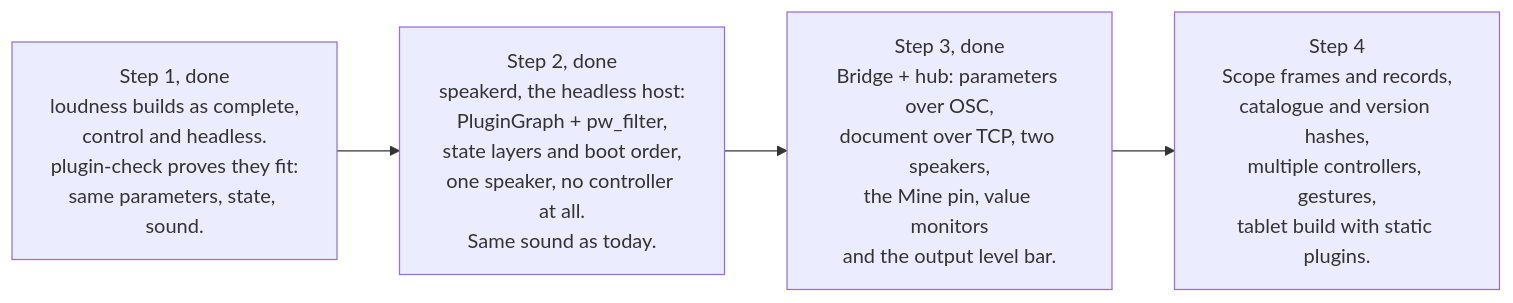
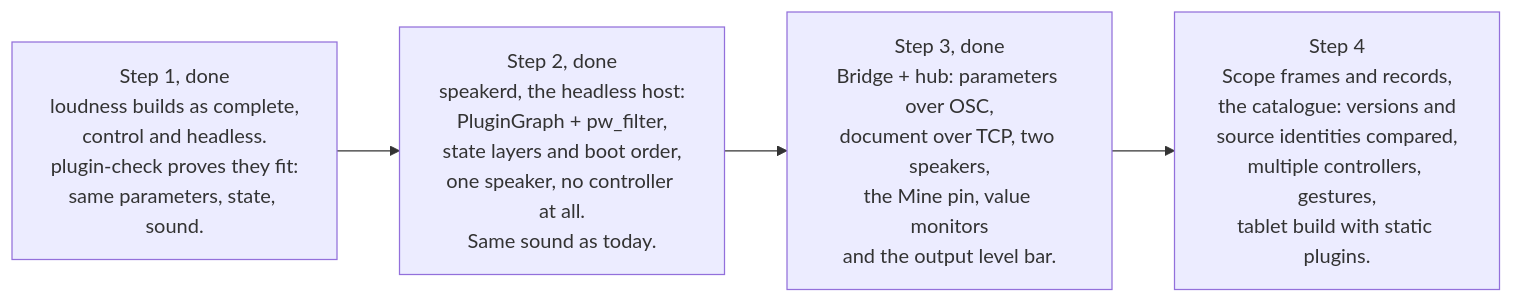
Before and after one commit to AMuszkat/bpi_amp_platform: diagram 18 of 18 in docs/remote-plugin-host.md, drawn with Mermaid. The commit also changed other lines of this file and 7 other files, not shown here.

First line of the commit message:
plugins: plugin-versions.sh exits 2 on every error, and is tested; copies and aarch64 checked

````diff
--- a/docs/remote-plugin-host.md
+++ b/docs/remote-plugin-host.md
@@ -1546,6 +1555,6 @@
 ```mermaid
 flowchart LR
     s1["Step 1, done<br/>loudness builds as complete,<br/>control and headless.<br/>plugin-check proves they fit:<br/>same parameters, state, sound."] --> s2["Step 2, done<br/>speakerd, the headless host:<br/>PluginGraph + pw_filter,<br/>state layers and boot order,<br/>one speaker, no controller at all.<br/>Same sound as today."]
     s2 --> s3["Step 3, done<br/>Bridge + hub: parameters over OSC,<br/>document over TCP, two speakers,<br/>the Mine pin, value monitors<br/>and the output level bar."]
-    s3 --> s4["Step 4<br/>Scope frames and records,<br/>catalogue and version hashes,<br/>multiple controllers, gestures,<br/>tablet build with static plugins."]
+    s3 --> s4["Step 4<br/>Scope frames and records,<br/>the catalogue: versions and<br/>source identities compared,<br/>multiple controllers, gestures,<br/>tablet build with static plugins."]
 ```
````
